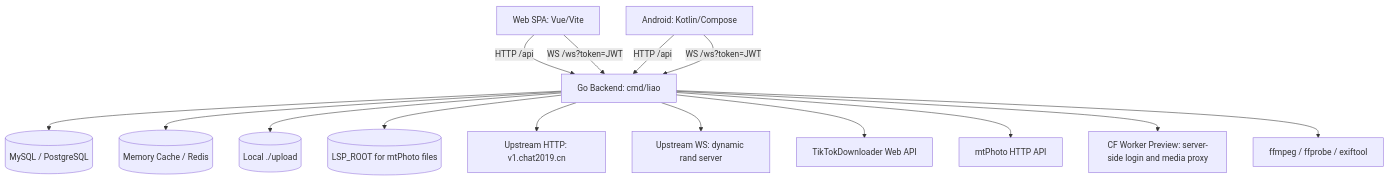
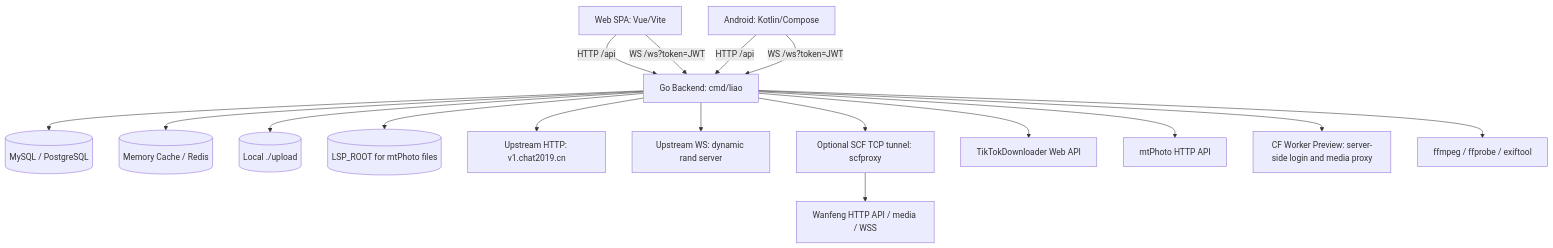
One commit to zcw199604/liao changed the first of 3 diagrams in helloagents/master/wiki/arch.md. Above: the diagram before and after it, drawn with Mermaid. The commit also changed other lines of this file and 14 other files, not shown here.

Commit message:
feat(wanfeng): 接入 SCF 代理并在 IP 封禁时自动切换出口

````diff
--- a/helloagents/master/wiki/arch.md
+++ b/helloagents/master/wiki/arch.md
@@ -5,17 +5,19 @@
 ```mermaid
 flowchart TD
   Web[Web SPA: Vue/Vite] -->|HTTP /api| Go[Go Backend: cmd/liao]
   Web -->|WS /ws?token=JWT| Go
   Android[Android: Kotlin/Compose] -->|HTTP /api| Go
   Android -->|WS /ws?token=JWT| Go
   Go --> DB[(MySQL / PostgreSQL)]
   Go --> Cache[(Memory Cache / Redis)]
   Go --> Upload[(Local ./upload)]
   Go --> Lsp[(LSP_ROOT for mtPhoto files)]
   Go --> UpHTTP[Upstream HTTP: v1.chat2019.cn]
   Go --> UpWS[Upstream WS: dynamic rand server]
+  Go --> SCF[Optional SCF TCP tunnel: scfproxy]
+  SCF --> Wanfeng[Wanfeng HTTP API / media / WSS]
   Go --> TD[TikTokDownloader Web API]
   Go --> MT[mtPhoto HTTP API]
   Go --> CF[CF Worker Preview: server-side login and media proxy]
   Go --> Tools[ffmpeg / ffprobe / exiftool]
 ```
````
